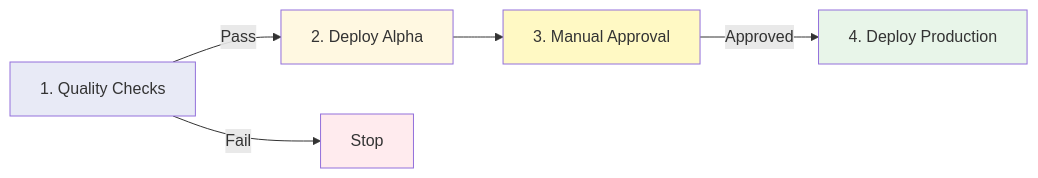
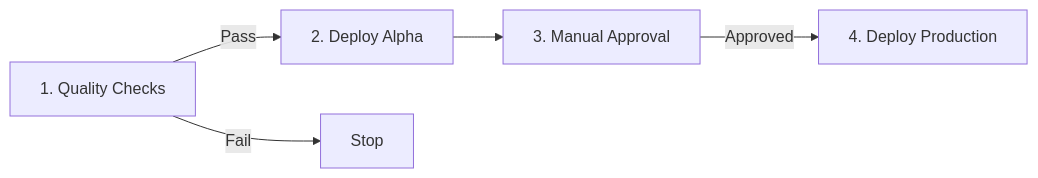
One commit to antho104/RoleReady changed the second of 4 diagrams in docs/PIPELINE.md. Above: the diagram before and after it, drawn with Mermaid. The commit also changed other lines of this file, not shown here.

First line of the commit message:
docs: remove diagram color styling for better text contrast

````diff
--- a/docs/PIPELINE.md
+++ b/docs/PIPELINE.md
@@ -35,14 +30,8 @@
 ```mermaid
 graph LR
     A[1. Quality Checks] -->|Pass| B[2. Deploy Alpha]
     B --> C[3. Manual Approval]
     C -->|Approved| D[4. Deploy Production]
 
     A -->|Fail| X[Stop]
-
-    style A fill:#e8eaf6
-    style B fill:#fff8e1
-    style C fill:#fff9c4
-    style D fill:#e8f5e9
-    style X fill:#ffebee
 ```
````
